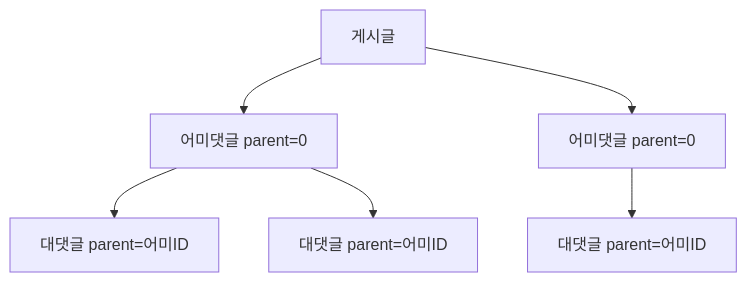
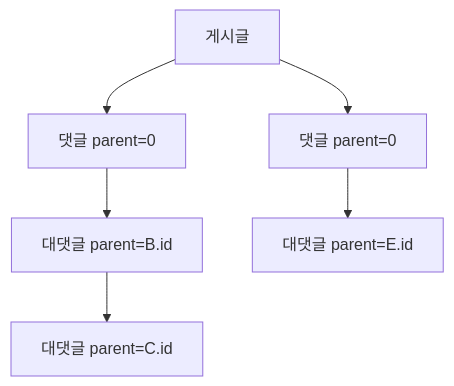
Before and after one commit to coupler-developer/docs: the first of 2 diagrams in content/architecture/lounge-system.md, drawn with Mermaid. The commit also changed other lines of this file, not shown here.

````diff
--- a/content/architecture/lounge-system.md
+++ b/content/architecture/lounge-system.md
@@ -37,8 +37,8 @@
 ```mermaid
 flowchart TD
-    A[게시글] --> B[어미댓글 parent=0]
-    B --> C[대댓글 parent=어미ID]
-    B --> D[대댓글 parent=어미ID]
-    A --> E[어미댓글 parent=0]
-    E --> F[대댓글 parent=어미ID]
+    A[게시글] --> B[댓글 parent=0]
+    B --> C[대댓글 parent=B.id]
+    C --> D[대댓글 parent=C.id]
+    A --> E[댓글 parent=0]
+    E --> F[대댓글 parent=E.id]
 ```
````
